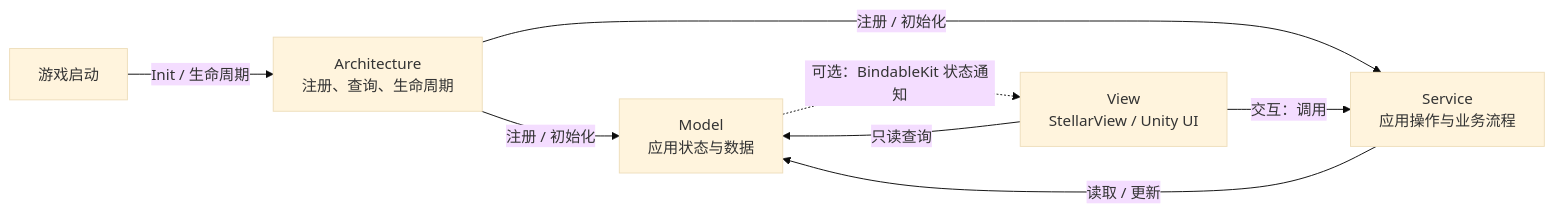
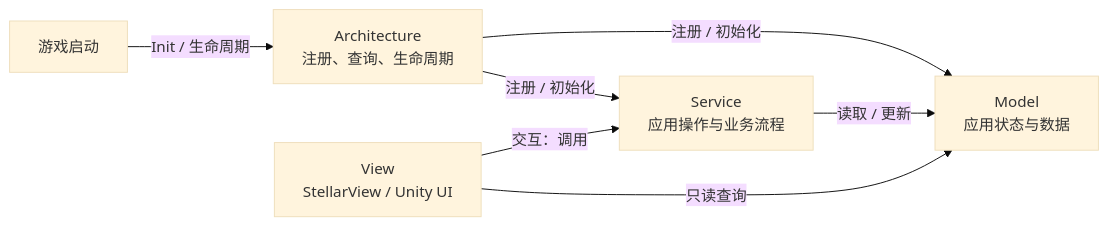
One commit to StarrDream/StellarFramework changed the diagram in README.md. Above: the diagram before and after it, drawn with Mermaid (base theme). The commit also changed other lines of this file and 1 other file, not shown here.

Commit message:
Clarify MSV architecture boundaries

```diff
--- a/README.md
+++ b/README.md
@@ -39,10 +39,9 @@
 ~~~mermaid
 flowchart LR
     Startup["游戏启动"] -->|"Init / 生命周期"| Architecture["Architecture<T><br/>注册、查询、生命周期"]
     Architecture -->|"注册 / 初始化"| Model["Model<br/>应用状态与数据"]
     Architecture -->|"注册 / 初始化"| Service["Service<br/>应用操作与业务流程"]
     View["View<br/>StellarView / Unity UI"] -->|"交互：调用"| Service
     Service -->|"读取 / 更新"| Model
     View -->|"只读查询"| Model
-    Model -. "可选：BindableKit 状态通知" .-> View
 ~~~
```
